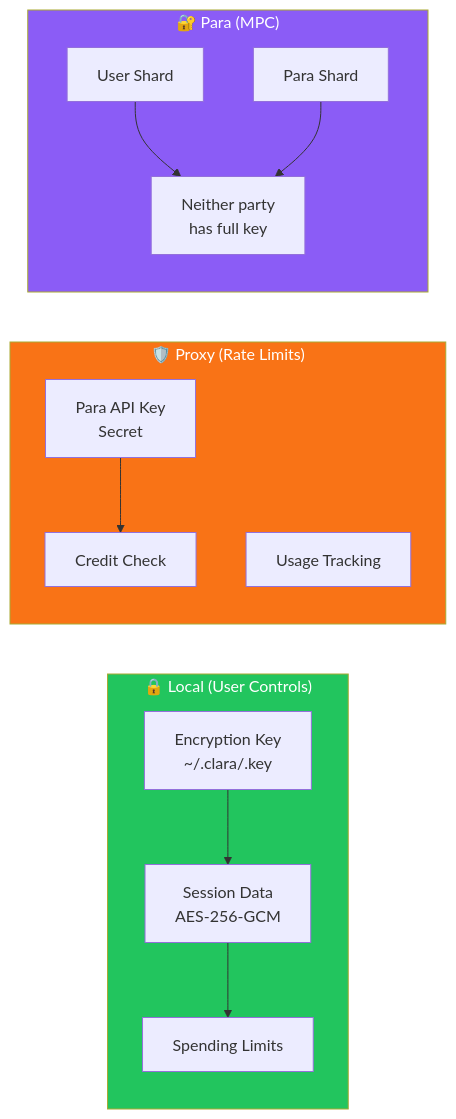
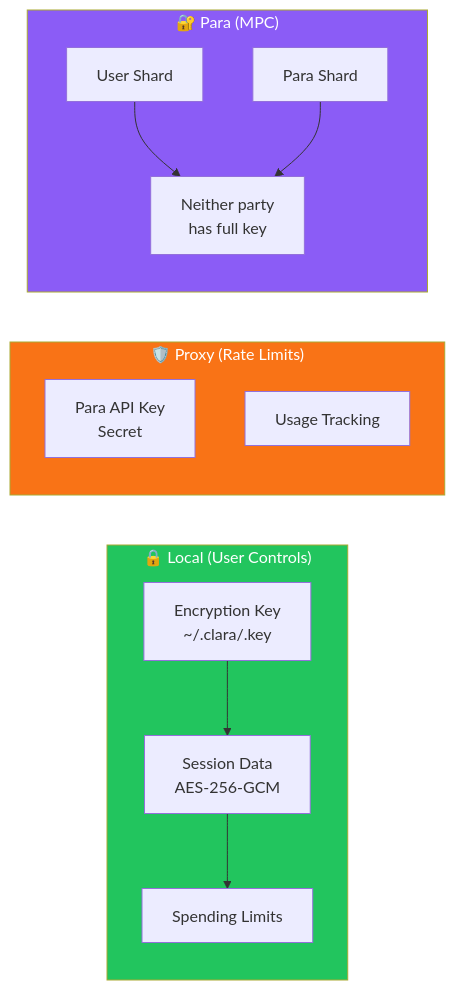
The fourth of 5 diagrams in docs/diagrams/CLARA_SYSTEM.md (bflynn4141/clara-mcp), drawn with Mermaid before and after one commit. The commit also changed other lines of this file and 135 other files, not shown here.

````diff
--- a/docs/diagrams/CLARA_SYSTEM.md
+++ b/docs/diagrams/CLARA_SYSTEM.md
@@ -136,30 +102,28 @@
 ```mermaid
 flowchart LR
     subgraph Local["🔒 Local (User Controls)"]
         Key[Encryption Key<br/>~/.clara/.key]
         Session[Session Data<br/>AES-256-GCM]
         Limits[Spending Limits]
     end
 
     subgraph Proxy["🛡️ Proxy (Rate Limits)"]
         API[Para API Key<br/>Secret]
-        Credits[Credit Check]
         Usage[Usage Tracking]
     end
 
     subgraph Para["🔐 Para (MPC)"]
         Shard1[User Shard]
         Shard2[Para Shard]
         Neither[Neither party<br/>has full key]
     end
 
     Key --> Session
     Session --> Limits
-    API --> Credits
     Shard1 --> Neither
     Shard2 --> Neither
 
     style Local fill:#22c55e,color:#fff
     style Proxy fill:#f97316,color:#fff
     style Para fill:#8b5cf6,color:#fff
 ```
````
